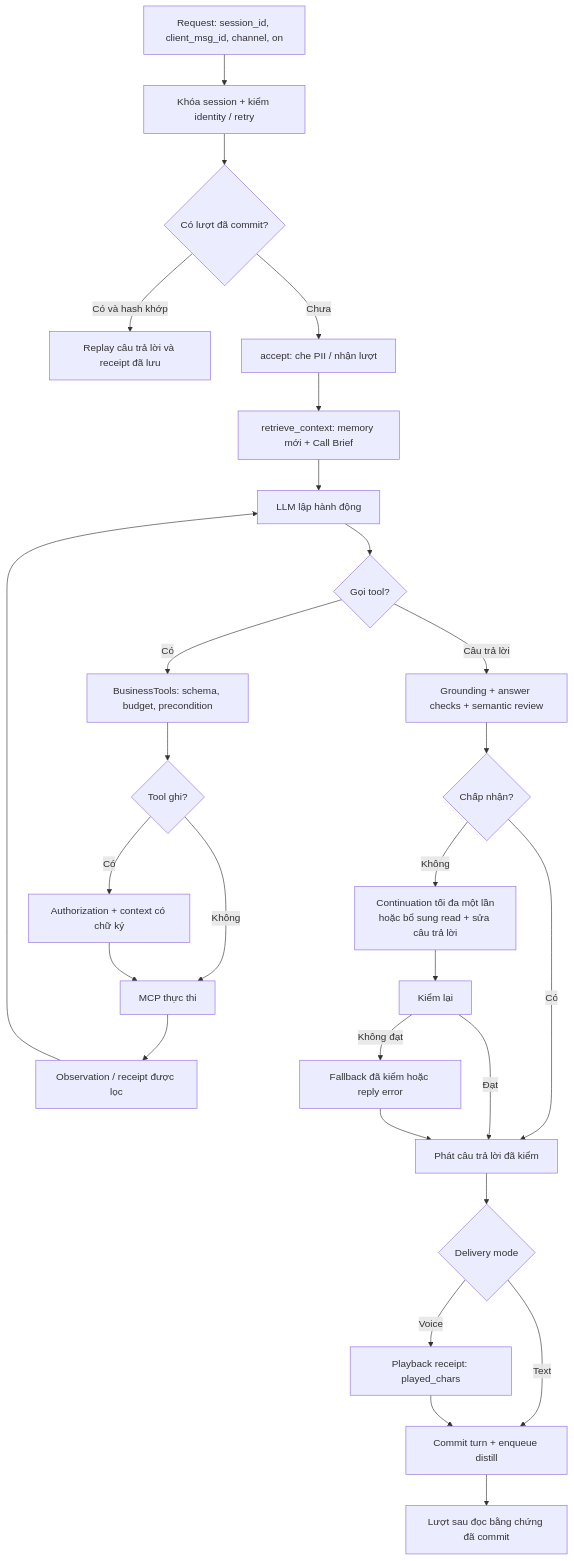
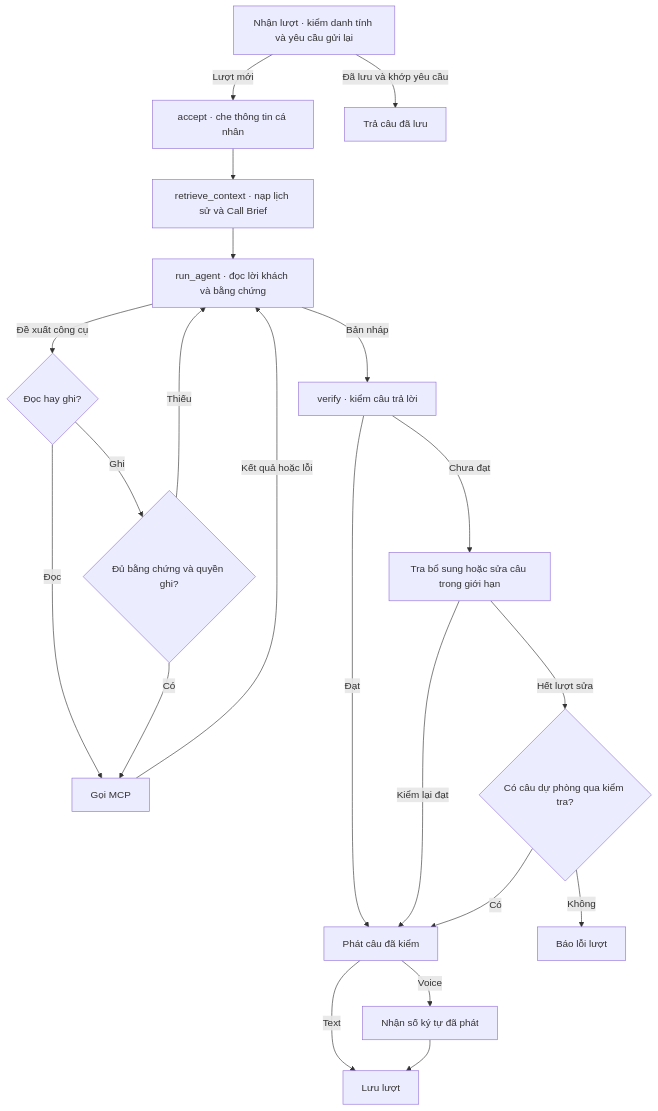
One commit to PhucNguyenThanh04/TeleSale-SudoCode2026 changed the second of 2 diagrams in docs/tai-lieu-kien-truc.md. Above: the diagram before and after it, drawn with Mermaid. The commit also changed other lines of this file and 28 other files, not shown here.

````diff
--- a/docs/tai-lieu-kien-truc.md
+++ b/docs/tai-lieu-kien-truc.md
@@ -68,30 +39,23 @@
 ```mermaid
 flowchart TD
-    R[Request: session_id, client_msg_id, channel, on] --> ID[Khóa session + kiểm identity / retry]
-    ID --> RE{Có lượt đã commit?}
-    RE -->|Có và hash khớp| RP[Replay câu trả lời và receipt đã lưu]
-    RE -->|Chưa| A[accept: che PII / nhận lượt]
-    A --> C[retrieve_context: memory mới + Call Brief]
-    C --> P[LLM lập hành động]
-    P --> T{Gọi tool?}
-    T -->|Có| B[BusinessTools: schema, budget, precondition]
-    B --> W{Tool ghi?}
-    W -->|Có| AU[Authorization + context có chữ ký]
-    W -->|Không| MCP[MCP thực thi]
-    AU --> MCP
-    MCP --> O[Observation / receipt được lọc]
-    O --> P
-    T -->|Câu trả lời| V[Grounding + answer checks + semantic review]
-    V --> OK{Chấp nhận?}
-    OK -->|Có| PUB[Phát câu trả lời đã kiểm]
-    OK -->|Không| REC[Continuation tối đa một lần\nhoặc bổ sung read + sửa câu trả lời]
-    REC --> V2[Kiểm lại]
-    V2 -->|Đạt| PUB
-    V2 -->|Không đạt| F[Fallback đã kiểm hoặc reply error]
-    F --> PUB
-    PUB --> D{Delivery mode}
-    D -->|Text| COM[Commit turn + enqueue distill]
-    D -->|Voice| PLAY[Playback receipt: played_chars]
-    PLAY --> COM
-    COM --> NEXT[Lượt sau đọc bằng chứng đã commit]
+    I["Nhận lượt · kiểm danh tính và yêu cầu gửi lại"] -->|Lượt mới| A["accept · che thông tin cá nhân"]
+    I -->|Đã lưu và khớp yêu cầu| RP["Trả câu đã lưu"]
+    A --> C["retrieve_context · nạp lịch sử và Call Brief"]
+    C --> R["run_agent · đọc lời khách và bằng chứng"]
+    R -->|Đề xuất công cụ| T{"Đọc hay ghi?"}
+    T -->|Đọc| M["Gọi MCP"]
+    T -->|Ghi| W{"Đủ bằng chứng và quyền ghi?"}
+    W -->|Có| M
+    W -->|Thiếu| R
+    M -->|Kết quả hoặc lỗi| R
+    R -->|Bản nháp| V["verify · kiểm câu trả lời"]
+    V -->|Đạt| P["Phát câu đã kiểm"]
+    V -->|Chưa đạt| S["Tra bổ sung hoặc sửa câu trong giới hạn"]
+    S -->|Kiểm lại đạt| P
+    S -->|Hết lượt sửa| F{"Có câu dự phòng qua kiểm tra?"}
+    F -->|Có| P
+    F -->|Không| E["Báo lỗi lượt"]
+    P -->|Text| D["Lưu lượt"]
+    P -->|Voice| B["Nhận số ký tự đã phát"]
+    B --> D
 ```
````
